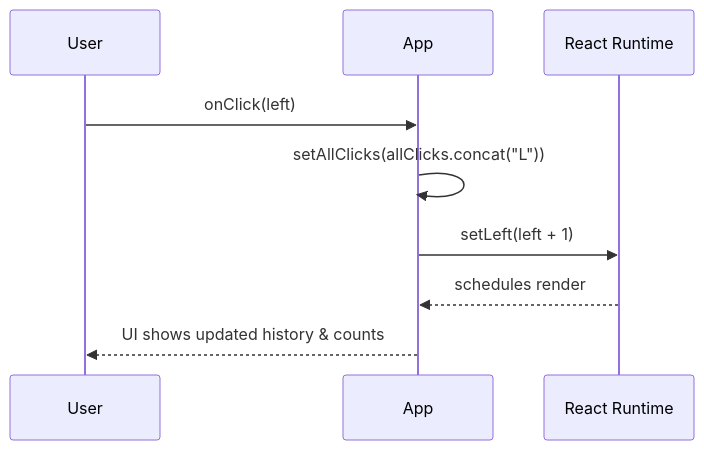
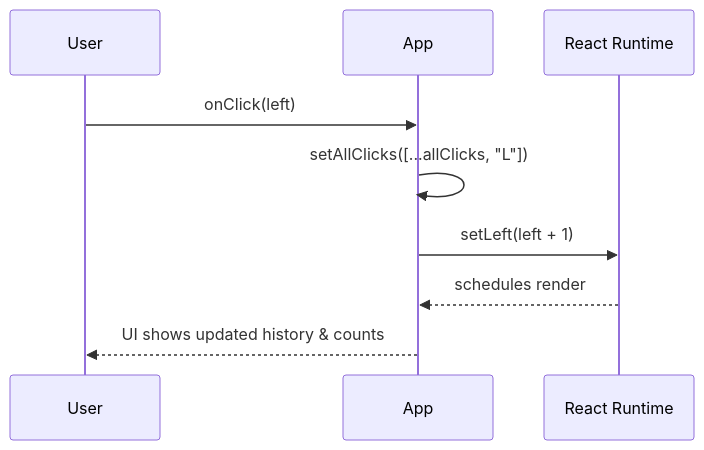
One commit to itsnothuy/FullStackOpen-Dairy changed the second of 3 diagrams in part1/d/README.md. Above: the diagram before and after it, drawn with Mermaid. The commit also changed other lines of this file, not shown here.

````diff
--- a/part1/d/README.md
+++ b/part1/d/README.md
@@ -173,12 +262,12 @@
 ```mermaid
 sequenceDiagram
-  participant U as User
+  participant User as User
   participant App
   participant React as React Runtime
 
-  U->>App: onClick(left)
-  App->>App: setAllClicks(allClicks.concat("L"))
+  User->>App: onClick(left)
+  App->>App: setAllClicks([...allClicks, "L"])
   App->>React: setLeft(left + 1)
   React-->>App: schedules render
-  App-->>U: UI shows updated history & counts
+  App-->>User: UI shows updated history & counts
 ```
````
